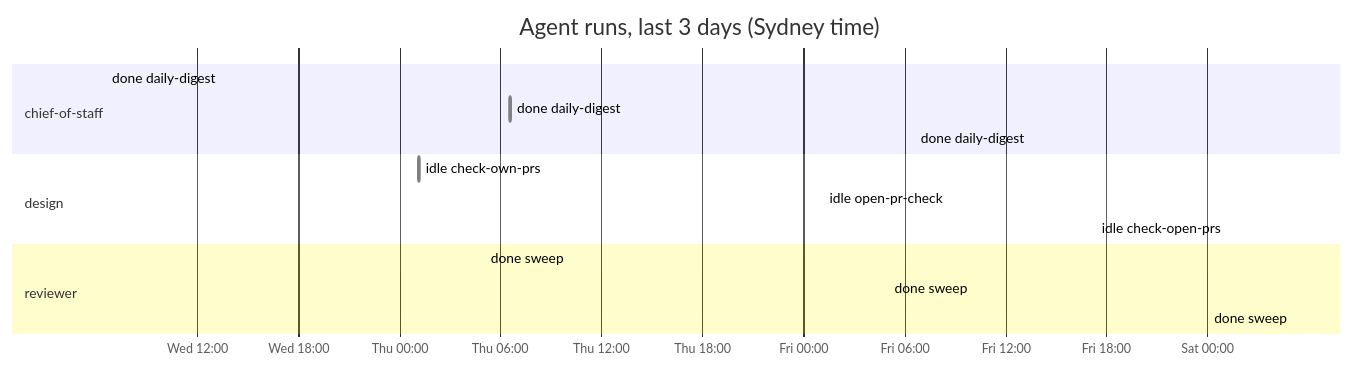
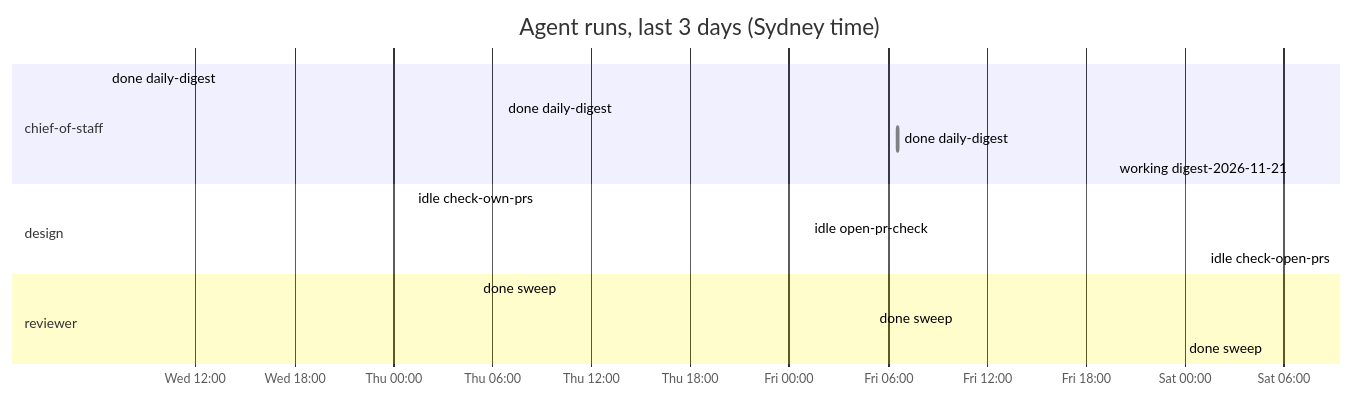
The diagram in dashboard.md (roulmediateam-byte/fifteen-expert-hq), drawn with Mermaid before and after one commit. The commit also changed other lines of this file and 1 other file, not shown here.

````diff
--- a/dashboard.md
+++ b/dashboard.md
@@ -47,18 +47,19 @@
 ```mermaid
 gantt
     title Agent runs, last 3 days (Sydney time)
     dateFormat YYYY-MM-DD HH:mm
     axisFormat %a %H:%M
     section chief-of-staff
     done daily-digest :done, 2026-11-18 06:35, 2026-11-18 06:36
     done daily-digest :done, 2026-11-19 06:35, 2026-11-19 06:36
     done daily-digest :done, 2026-11-20 06:35, 2026-11-20 06:37
+    working digest-2026-11-21 :active, 2026-11-21 06:34, 2026-11-21 06:35
     section design
     idle check-own-prs :done, 2026-11-19 01:10, 2026-11-19 01:11
     idle open-pr-check :done, 2026-11-20 01:10, 2026-11-20 01:11
     idle check-open-prs :done, 2026-11-21 01:10, 2026-11-21 01:11
     section reviewer
     done sweep :done, 2026-11-19 05:04, 2026-11-19 05:05
     done sweep :done, 2026-11-20 05:05, 2026-11-20 05:05
     done sweep :done, 2026-11-21 05:05, 2026-11-21 05:06
 ```
````
